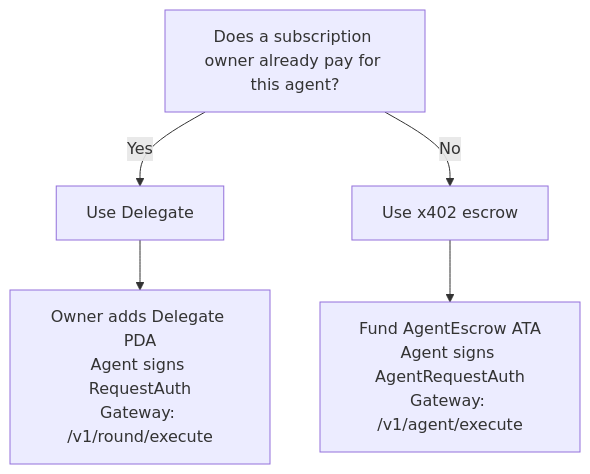
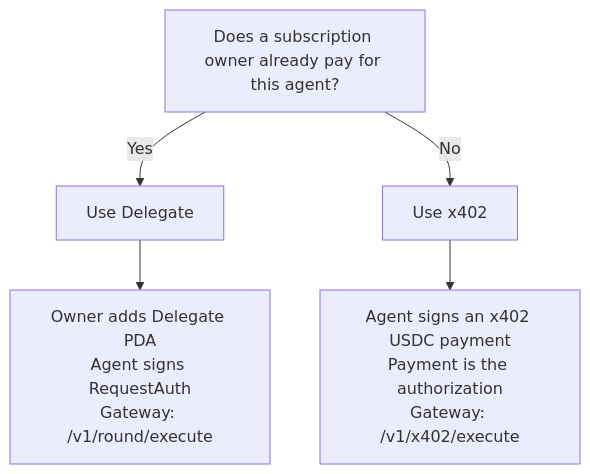
Before and after one commit to molpha/docs: the diagram in access-models/overview.mdx, drawn with Mermaid. The commit also changed other lines of this file and 57 other files, not shown here.

````diff
--- a/access-models/overview.mdx
+++ b/access-models/overview.mdx
@@ -23,7 +23,7 @@
 ```mermaid
 flowchart TD
     A["Does a subscription owner already pay for this agent?"] -->|Yes| B["Use Delegate"]
-    A -->|No| C["Use x402 escrow"]
+    A -->|No| C["Use x402"]
     B --> D["Owner adds Delegate PDA\nAgent signs RequestAuth\nGateway: /v1/round/execute"]
-    C --> E["Fund AgentEscrow ATA\nAgent signs AgentRequestAuth\nGateway: /v1/agent/execute"]
+    C --> E["Agent signs an x402 USDC payment\nPayment is the authorization\nGateway: /v1/x402/execute"]
 ```
````
